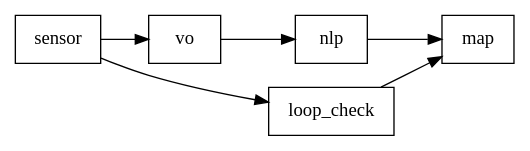
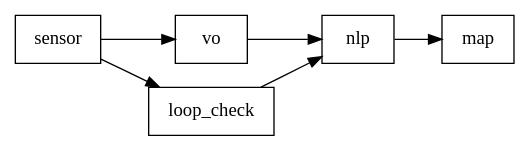
Before and after one commit to gwli/SLAM_Study: the diagram in source/Framework.rst, drawn with Graphviz. The commit also changed other lines of this file, not shown here.

```diff
--- a/source/Framework.rst
+++ b/source/Framework.rst
@@ -5,8 +25,8 @@
 .. graphviz:: 
    
    digraph G {
 	graph [layout=dot rankdir=LR];
         node [shape=box];
         sensor->vo->nlp->map[weight=10];
-        sensor->loop_check->map;
+        sensor->loop_check->nlp;
    }
```
